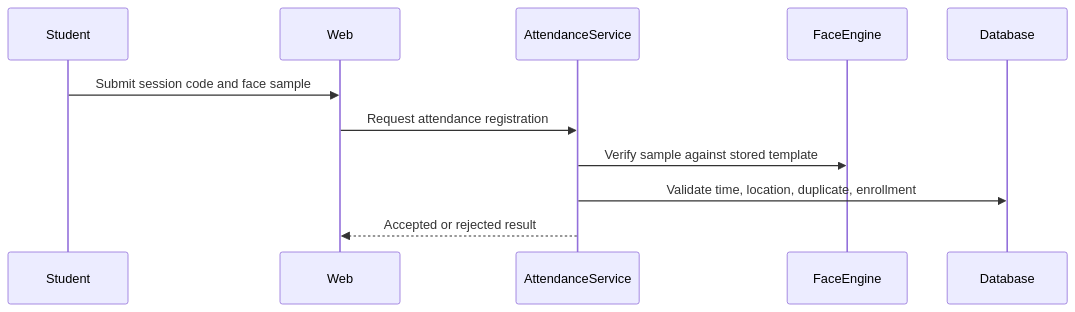
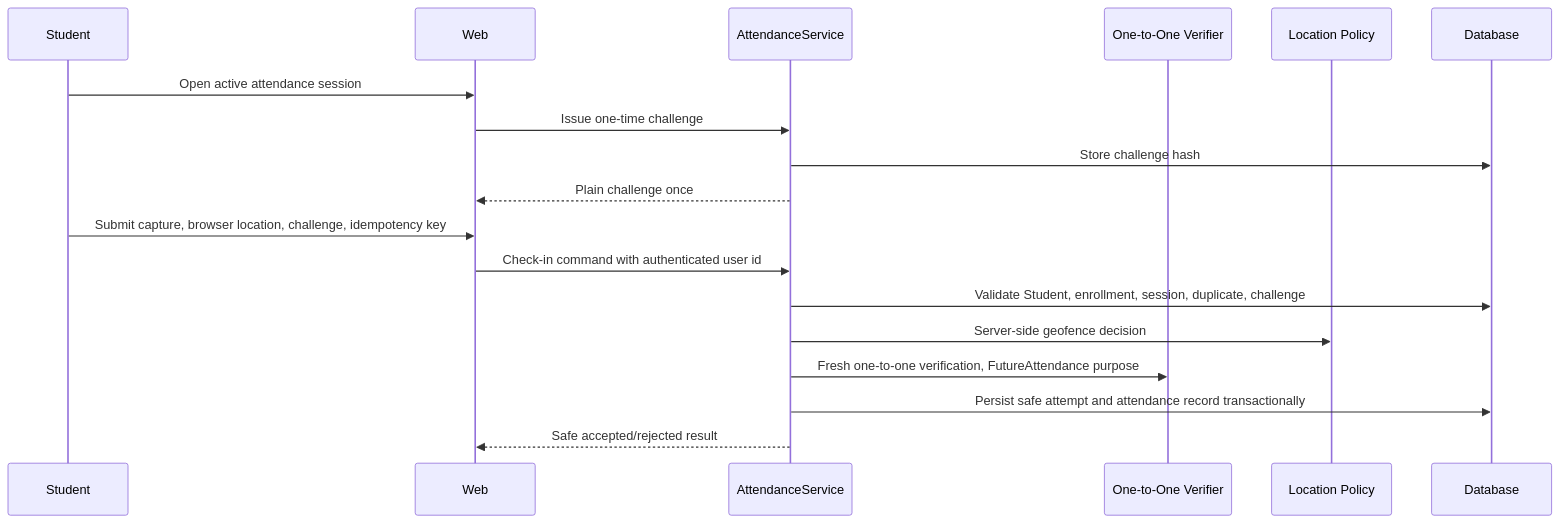
Before and after one commit to YazAj/SmartAtt: the fourth of 7 diagrams in docs/02-System-Architecture.md, drawn with Mermaid. The commit also changed other lines of this file and 68 other files, not shown here.

Commit message:
feat(sprint-6): add secure biometric attendance check-in

````diff
--- a/docs/02-System-Architecture.md
+++ b/docs/02-System-Architecture.md
@@ -84,13 +84,20 @@
 ```mermaid
 sequenceDiagram
     participant Student
     participant Web
     participant AttendanceService
-    participant FaceEngine
+    participant Verifier as One-to-One Verifier
+    participant Location as Location Policy
     participant Database
-    Student->>Web: Submit session code and face sample
-    Web->>AttendanceService: Request attendance registration
-    AttendanceService->>FaceEngine: Verify sample against stored template
-    AttendanceService->>Database: Validate time, location, duplicate, enrollment
-    AttendanceService-->>Web: Accepted or rejected result
+    Student->>Web: Open active attendance session
+    Web->>AttendanceService: Issue one-time challenge
+    AttendanceService->>Database: Store challenge hash
+    AttendanceService-->>Web: Plain challenge once
+    Student->>Web: Submit capture, browser location, challenge, idempotency key
+    Web->>AttendanceService: Check-in command with authenticated user id
+    AttendanceService->>Database: Validate Student, enrollment, session, duplicate, challenge
+    AttendanceService->>Location: Server-side geofence decision
+    AttendanceService->>Verifier: Fresh one-to-one verification, FutureAttendance purpose
+    AttendanceService->>Database: Persist safe attempt and attendance record transactionally
+    AttendanceService-->>Web: Safe accepted/rejected result
 ```
````
